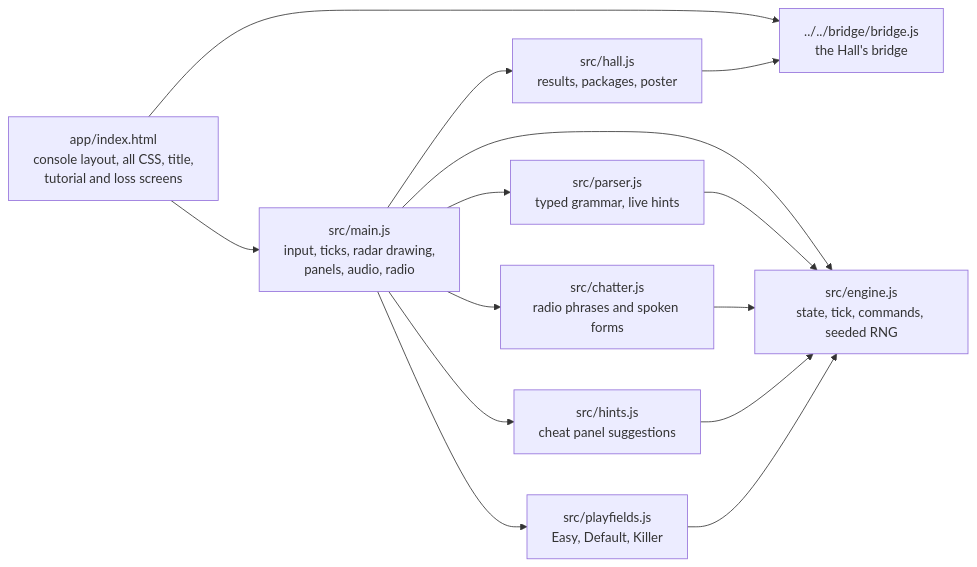
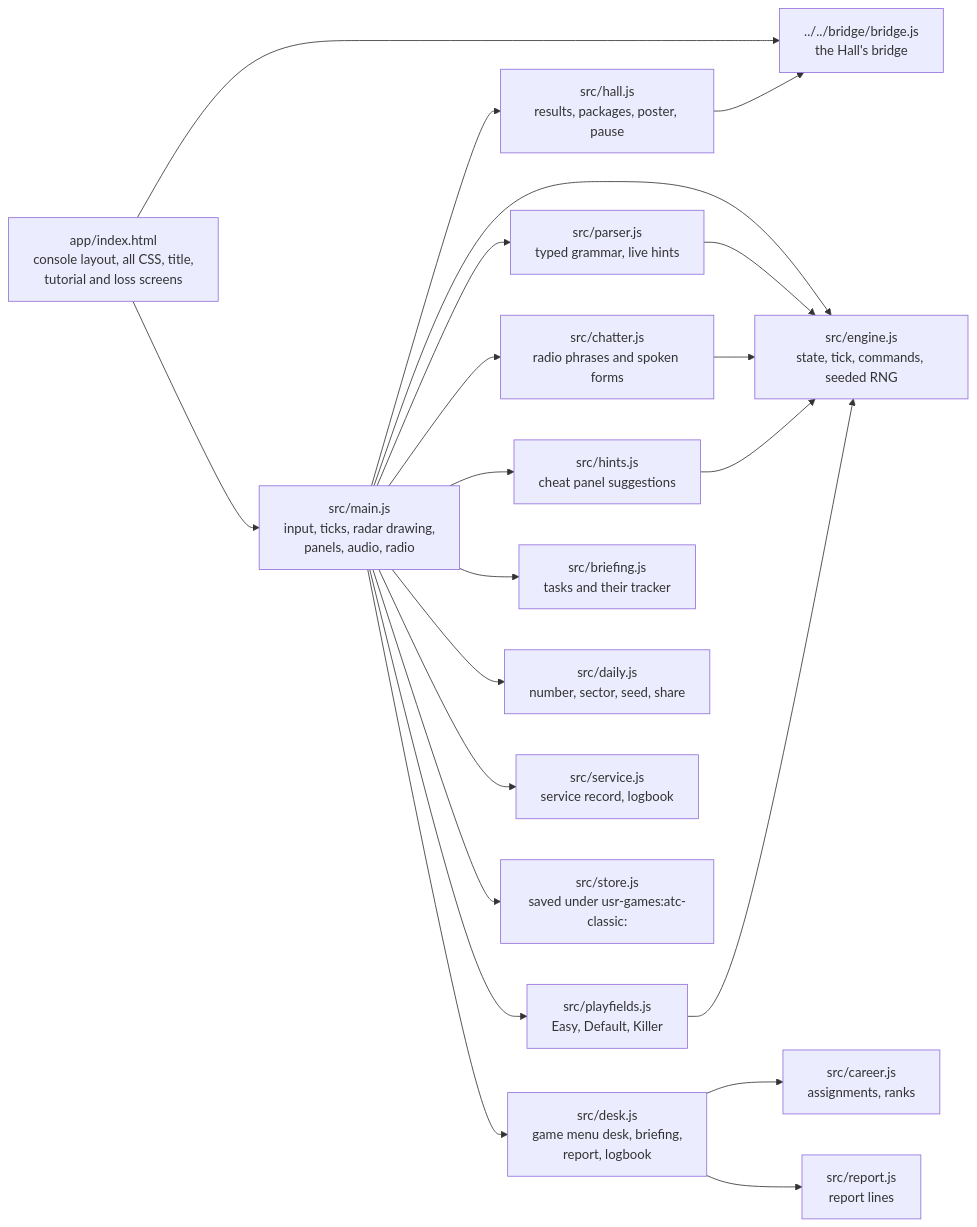
The first of 2 diagrams in games/atc-classic/docs/ARCHITECTURE.md (agunawijaya/usr-games-reborn), drawn with Mermaid before and after one commit. The commit also changed other lines of this file and 28 other files, not shown here.

First line of the commit message:
Control Room 1986: career, briefings, shift reports, logbook and Daily Traffic

````diff
--- a/games/atc-classic/docs/ARCHITECTURE.md
+++ b/games/atc-classic/docs/ARCHITECTURE.md
@@ -15,16 +17,23 @@
 ```mermaid
 flowchart LR
   html["app/index.html<br/>console layout, all CSS, title,<br/>tutorial and loss screens"] --> bridge["../../bridge/bridge.js<br/>the Hall's bridge"]
   html --> main["src/main.js<br/>input, ticks, radar drawing,<br/>panels, audio, radio"]
   main --> engine["src/engine.js<br/>state, tick, commands, seeded RNG"]
   main --> playfields["src/playfields.js<br/>Easy, Default, Killer"]
   main --> parser["src/parser.js<br/>typed grammar, live hints"]
   main --> chatter["src/chatter.js<br/>radio phrases and spoken forms"]
   main --> hints["src/hints.js<br/>cheat panel suggestions"]
-  main --> hall["src/hall.js<br/>results, packages, poster"]
+  main --> hall["src/hall.js<br/>results, packages, poster, pause"]
+  main --> desk["src/desk.js<br/>game menu desk, briefing,<br/>report, logbook"]
+  desk --> career["src/career.js<br/>assignments, ranks"]
+  desk --> report["src/report.js<br/>report lines"]
+  main --> briefing["src/briefing.js<br/>tasks and their tracker"]
+  main --> daily["src/daily.js<br/>number, sector, seed, share"]
+  main --> service["src/service.js<br/>service record, logbook"]
+  main --> store["src/store.js<br/>saved under usr-games:atc-classic:"]
   hall --> bridge
   parser --> engine
   chatter --> engine
   hints --> engine
   playfields --> engine
 ```
````
